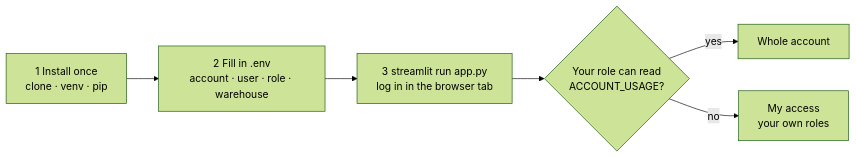
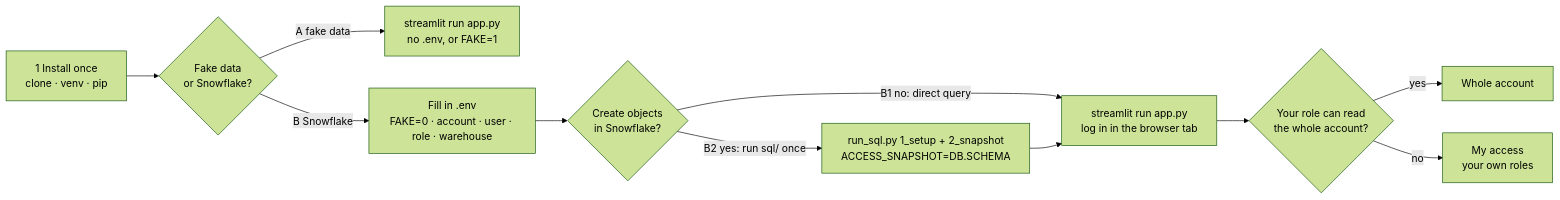
One commit to darshanmeel/snowflake-access-explorer changed the second of 2 diagrams in README.md. Above: the diagram before and after it, drawn with Mermaid (forest theme). The commit also changed other lines of this file and 61 other files, not shown here.

````diff
--- a/README.md
+++ b/README.md
@@ -52,8 +51,13 @@
 ```mermaid
 flowchart LR
-  I["1 Install once<br/>clone · venv · pip"] --> E["2 Fill in .env<br/>account · user · role · warehouse"]
-  E --> R["3 streamlit run app.py<br/>log in in the browser tab"]
-  R --> M{"Your role can read<br/>ACCOUNT_USAGE?"}
+  I["1 Install once<br/>clone · venv · pip"] --> F{"Fake data<br/>or Snowflake?"}
+  F -- "A fake data" --> FA["streamlit run app.py<br/>no .env, or FAKE=1"]
+  F -- "B Snowflake" --> E["Fill in .env<br/>FAKE=0 · account · user · role · warehouse"]
+  E --> W{"Create objects<br/>in Snowflake?"}
+  W -- "B1 no: direct query" --> R["streamlit run app.py<br/>log in in the browser tab"]
+  W -- "B2 yes: run sql/ once" --> S["run_sql.py 1_setup + 2_snapshot<br/>ACCESS_SNAPSHOT=DB.SCHEMA"]
+  S --> R
+  R --> M{"Your role can read<br/>the whole account?"}
   M -- "yes" --> A["Whole account"]
   M -- "no" --> O["My access<br/>your own roles"]
 ```
````
